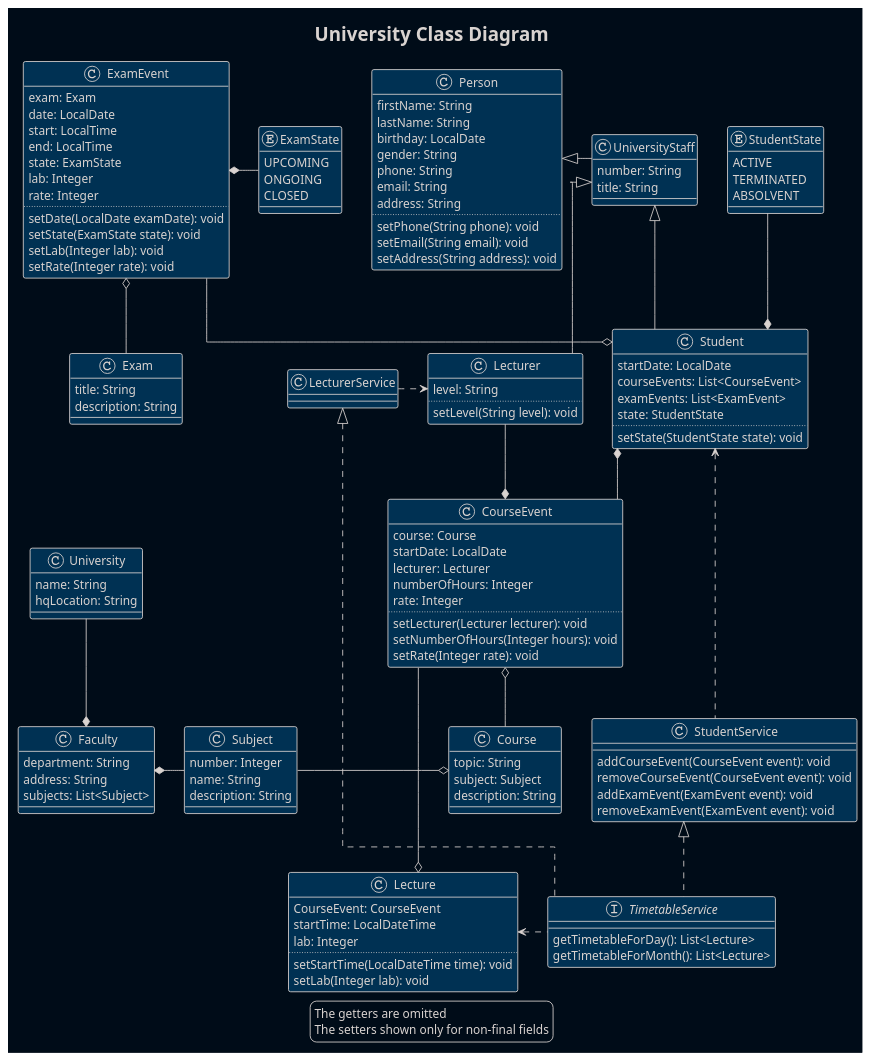
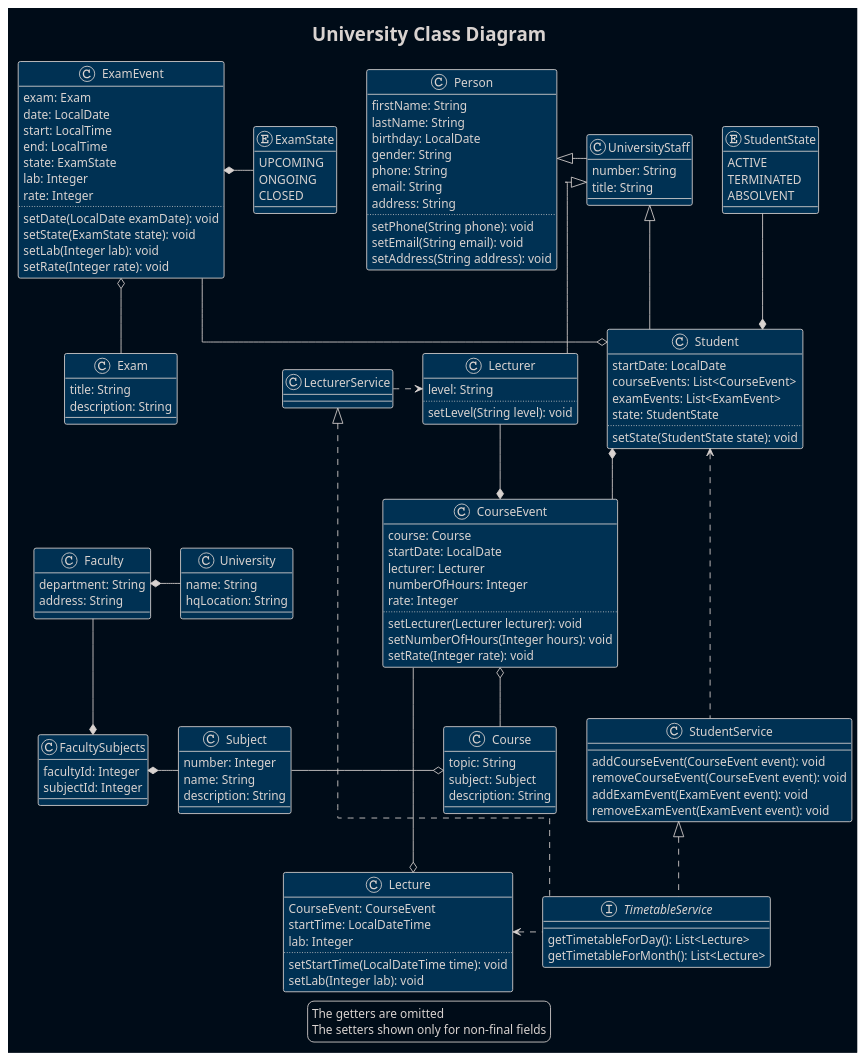
Before and after one commit to RomaEcho/University: the diagram in src/main/resources/diagrams/University.puml, drawn with PlantUML.

Commit message:
diagram: faculty_subjects class added, relations fix

```diff
--- a/src/main/resources/diagrams/University.puml
+++ b/src/main/resources/diagrams/University.puml
@@ -1,142 +1,148 @@
 @startuml
 '!theme plain
 !theme blueprint
 skinparam BackgroundColor #000c18
 'skinparam ClassBackgroundColor #000c18
 skinparam linetype ortho
 
 title University Class Diagram
-class Person{
+class Person {
     firstName: String
     lastName: String
     birthday: LocalDate
     gender: String
     phone: String
     email: String
     address: String
     ..
     setPhone(String phone): void
     setEmail(String email): void
     setAddress(String address): void
 }
-class Student{
+class Student {
     startDate: LocalDate
     courseEvents: List<CourseEvent>
     examEvents: List<ExamEvent>
     state: StudentState
     ..
     setState(StudentState state): void
 }
-enum StudentState{
+enum StudentState {
     ACTIVE
     TERMINATED
     ABSOLVENT
 }
-class UniversityStaff{
+class UniversityStaff {
     number: String
     title: String
 }
-class Subject{
+class Subject {
     number: Integer
     name: String
     description: String
 }
-class Course{
+class Course {
     topic: String
     subject: Subject
     description: String
 }
-class CourseEvent{
+class CourseEvent {
     course: Course
     startDate: LocalDate
     lecturer: Lecturer
     numberOfHours: Integer
     rate: Integer
     ..
     setLecturer(Lecturer lecturer): void
     setNumberOfHours(Integer hours): void
     setRate(Integer rate): void
 }
-class Lecturer{
+class Lecturer {
     level: String
     ..
     setLevel(String level): void
 }
-class Exam{
+class Exam {
     title: String
     description: String
 }
-class ExamEvent{
+class ExamEvent {
     exam: Exam
     date: LocalDate
     start: LocalTime
     end: LocalTime
     state: ExamState
     lab: Integer
     rate: Integer
     ..
     setDate(LocalDate examDate): void
     setState(ExamState state): void
     setLab(Integer lab): void
     setRate(Integer rate): void
 }
-enum ExamState{
+enum ExamState {
     UPCOMING
     ONGOING
     CLOSED
 }
-class Faculty{
+class Faculty {
     department: String
     address: String
-    subjects: List<Subject>
 }
 class University {
     name: String
     hqLocation: String
 }
-class Lecture{
+class Lecture {
     CourseEvent: CourseEvent
     startTime: LocalDateTime
     lab: Integer
     ..
     setStartTime(LocalDateTime time): void
     setLab(Integer lab): void
 }
-interface TimetableService{
+
+class FacultySubjects {
+    facultyId: Integer
+    subjectId: Integer
+}
+interface TimetableService {
     getTimetableForDay(): List<Lecture>
     getTimetableForMonth(): List<Lecture>
 }
 class StudentService {
     addCourseEvent(CourseEvent event): void
     removeCourseEvent(CourseEvent event): void
     addExamEvent(ExamEvent event): void
     removeExamEvent(ExamEvent event): void
 }
 class LecturerService
 
 Person <|-right- UniversityStaff
 UniversityStaff <|-- Student
 UniversityStaff <|-- Lecturer
 Student *-up- StudentState
 Student *-- CourseEvent
 CourseEvent *-up- Lecturer
 Student o-up- ExamEvent
 ExamEvent o-- Exam
 ExamEvent *-right- ExamState
 CourseEvent o-- Course
 Course o-left- Subject
-Faculty *- Subject
-University --* Faculty
+Faculty --* FacultySubjects
+Subject -left* FacultySubjects
+University -left* Faculty
 Student <... StudentService
 StudentService <|.. TimetableService
 LecturerService <|.. TimetableService
 LecturerService .> Lecturer
 TimetableService .left.> Lecture
 CourseEvent --o Lecture
 
+
 legend
     The getters are omitted
     The setters shown only for non-final fields
 endlegend
 
 @enduml
```
